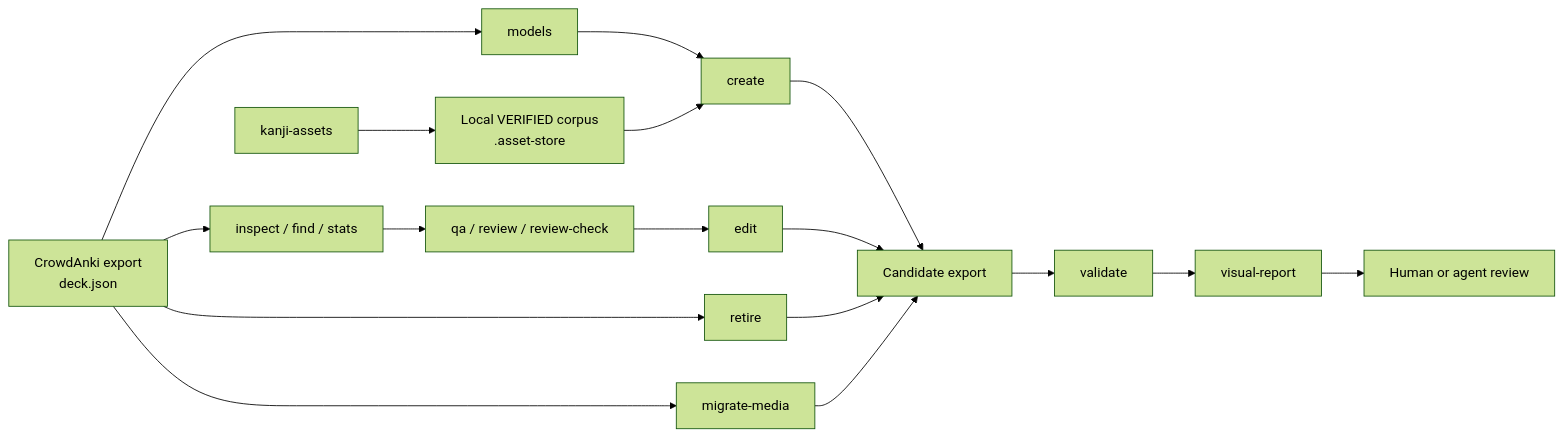
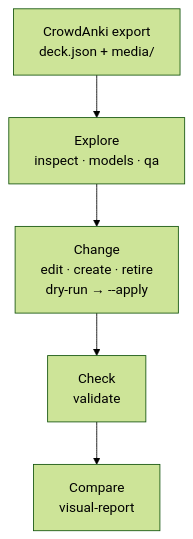
The diagram in README.en.md (Flandre-Scarlet-the-best/anki-deck-toolkit), drawn with Mermaid (forest theme) before and after one commit. The commit also changed other lines of this file and 8 other files, not shown here.

First line of the commit message:
docs(readme): посадочная страница с настоящим visual-report и воспроизводимым быстрым стартом (#32)

````diff
--- a/README.en.md
+++ b/README.en.md
@@ -57,22 +63,7 @@
 ```mermaid
-flowchart LR
-    A["CrowdAnki export<br/>deck.json"] --> B["inspect / find / stats"]
-    A --> C["models"]
-    B --> D["qa / review / review-check"]
-    C --> E["create"]
-    D --> F["edit"]
-    A --> G["retire"]
-    A --> N["migrate-media"]
-
-    H["kanji-assets"] --> I["Local VERIFIED corpus<br/>.asset-store"]
-    I --> E
-
-    E --> J["Candidate export"]
-    F --> J
-    G --> J
-    N --> J
-
-    J --> K["validate"]
-    K --> L["visual-report"]
-    L --> M["Human or agent review"]
+flowchart TB
+    A["CrowdAnki export<br/>deck.json + media/"] --> B["Explore<br/>inspect · models · qa"]
+    B --> C["Change<br/>edit · create · retire<br/>dry-run → --apply"]
+    C --> D["Check<br/>validate"]
+    D --> E["Compare<br/>visual-report"]
 ```
````
